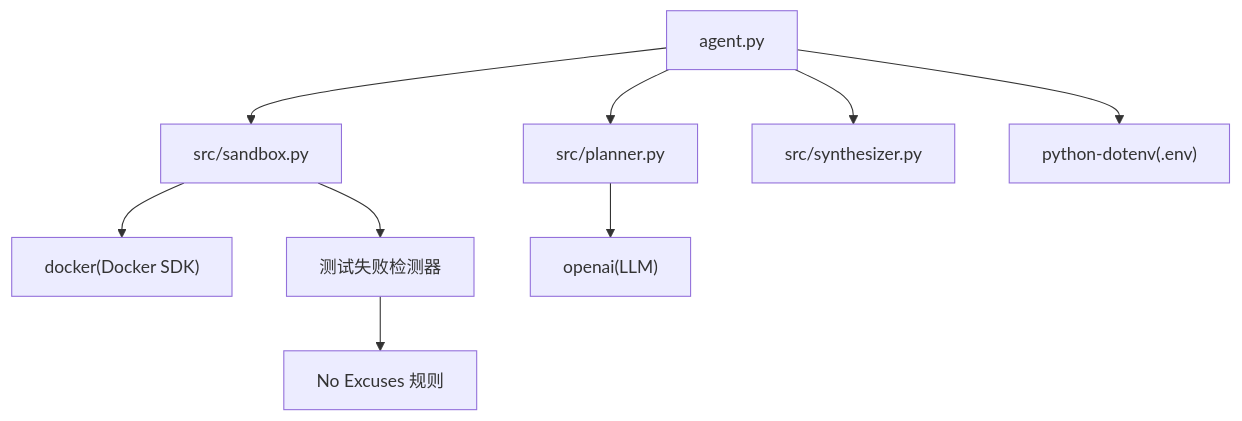
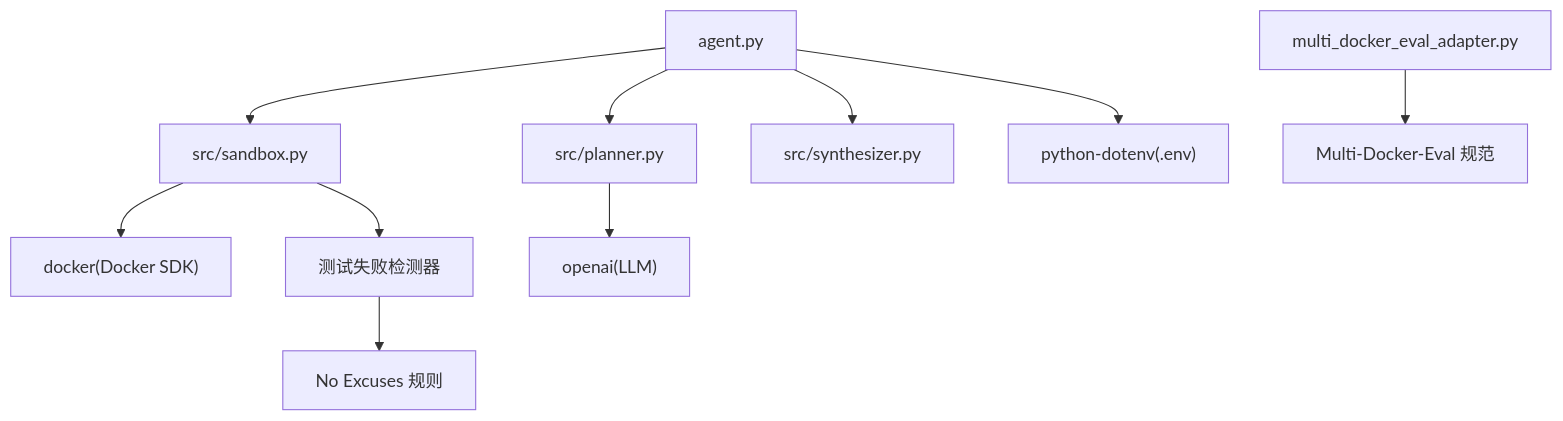
Before and after one commit to Jayint/Jayint-repo: the fifth of 5 diagrams in .qoder/repowiki/zh/content/核心组件/Sandbox 模块/Sandbox 模块.md, drawn with Mermaid. The commit also changed other lines of this file and 497 other files, not shown here.

````diff
--- a/.qoder/repowiki/zh/content/核心组件/Sandbox 模块/Sandbox 模块.md
+++ b/.qoder/repowiki/zh/content/核心组件/Sandbox 模块/Sandbox 模块.md
@@ -286,11 +296,12 @@
 ```mermaid
 graph TB
 Agent["agent.py"] --> Sandbox["src/sandbox.py"]
 Agent --> Planner["src/planner.py"]
 Agent --> Synthesizer["src/synthesizer.py"]
 Sandbox --> DockerSDK["docker(Docker SDK)"]
 Sandbox --> TestDetection["测试失败检测器"]
 Planner --> OpenAI["openai(LLM)"]
 Agent --> DotEnv["python-dotenv(.env)"]
 TestDetection --> NoExcuses["No Excuses 规则"]
+EvalAdapter["multi_docker_eval_adapter.py"] --> TestSpec["Multi-Docker-Eval 规范"]
 ```
````
